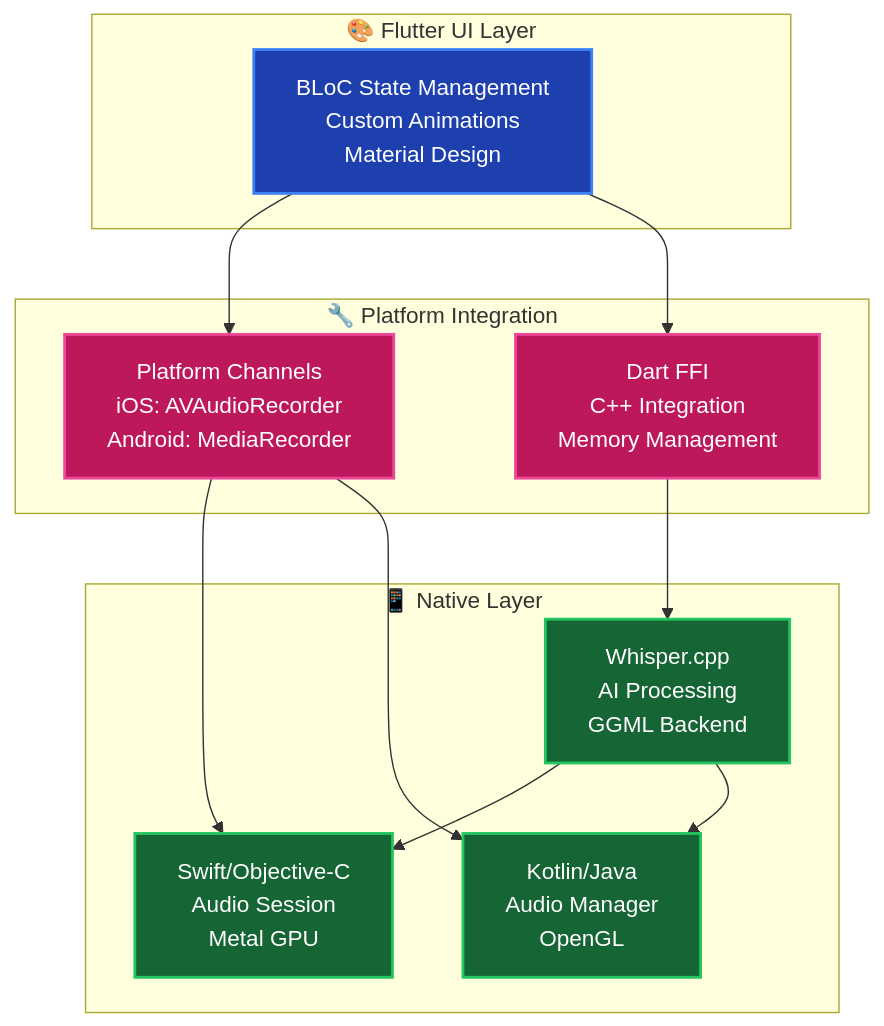
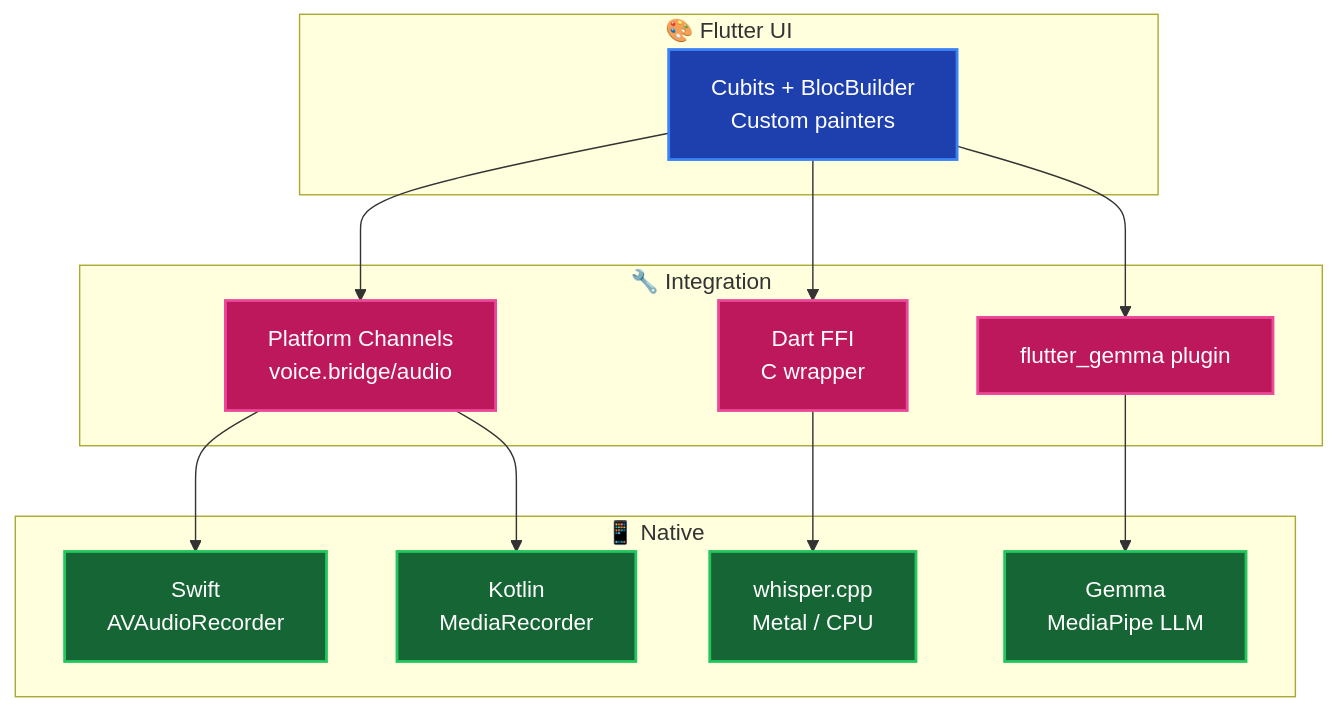
Before and after one commit to esrakadah/flutter_voice_bridge: the diagram in README.md, drawn with Mermaid. The commit also changed other lines of this file and 13 other files, not shown here.

````diff
--- a/README.md
+++ b/README.md
@@ -61,33 +64,35 @@
 ```mermaid
 graph TB
-    subgraph "🎨 Flutter UI Layer"
-        UI[BLoC State Management<br/>Custom Animations<br/>Material Design]
+    subgraph "🎨 Flutter UI"
+        UI[Cubits + BlocBuilder<br/>Custom painters]
     end
-    
-    subgraph "🔧 Platform Integration"
-        PC[Platform Channels<br/>iOS: AVAudioRecorder<br/>Android: MediaRecorder]
-        FFI[Dart FFI<br/>C++ Integration<br/>Memory Management]
+
+    subgraph "🔧 Integration"
+        PC[Platform Channels<br/>voice.bridge/audio]
+        FFI[Dart FFI<br/>C wrapper]
+        GemmaPlugin[flutter_gemma plugin]
     end
-    
-    subgraph "📱 Native Layer"
-        iOS[Swift/Objective-C<br/>Audio Session<br/>Metal GPU]
-        Android[Kotlin/Java<br/>Audio Manager<br/>OpenGL]
-        Whisper[Whisper.cpp<br/>AI Processing<br/>GGML Backend]
+
+    subgraph "📱 Native"
+        Apple[Swift<br/>AVAudioRecorder]
+        Android[Kotlin<br/>MediaRecorder]
+        Whisper[whisper.cpp<br/>Metal / CPU]
+        GemmaLLM[Gemma<br/>MediaPipe LLM]
     end
-    
+
     UI --> PC
     UI --> FFI
-    PC --> iOS
+    UI --> GemmaPlugin
+    PC --> Apple
     PC --> Android
     FFI --> Whisper
-    Whisper --> iOS
-    Whisper --> Android
-    
+    GemmaPlugin --> GemmaLLM
+
     classDef ui fill:#1e40af,stroke:#3b82f6,stroke-width:2px,color:#ffffff
     classDef platform fill:#be185d,stroke:#ec4899,stroke-width:2px,color:#ffffff
     classDef native fill:#166534,stroke:#22c55e,stroke-width:2px,color:#ffffff
-    
+
     class UI ui
-    class PC,FFI platform
-    class iOS,Android,Whisper native
+    class PC,FFI,GemmaPlugin platform
+    class Apple,Android,Whisper,GemmaLLM native
 ```
````
